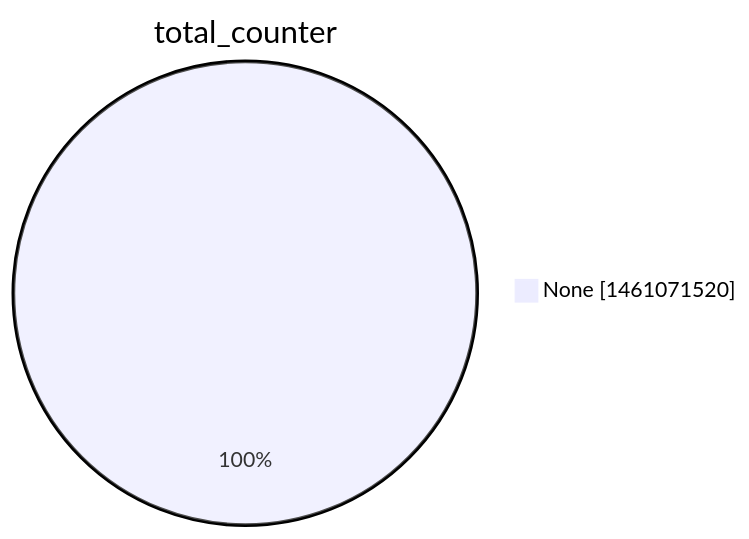
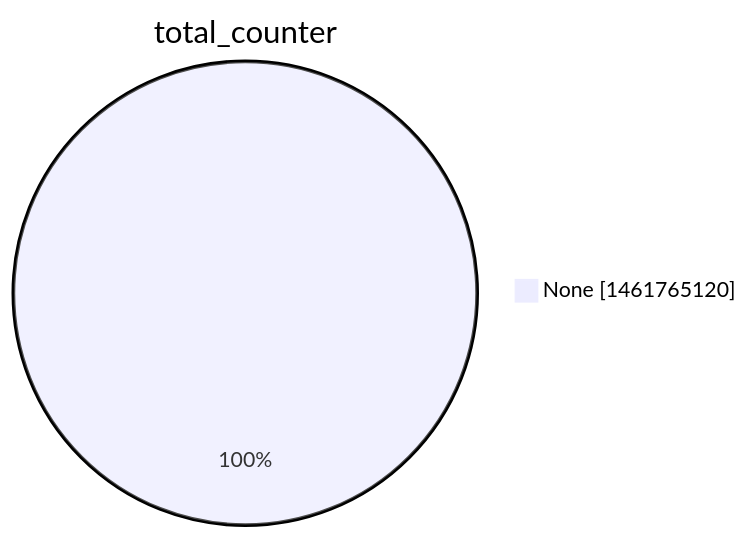
Before and after one commit to christiankrug/ctmonitor_visualization: the second of 15 diagrams in argon2022/README.md, drawn with Mermaid. The commit also changed other lines of this file, not shown here.

````diff
--- a/argon2022/README.md
+++ b/argon2022/README.md
@@ -9,5 +9,5 @@
 ```mermaid
 pie showData
 title total_counter
-"None" :1461071520
+"None" :1461765120
 ```
````
